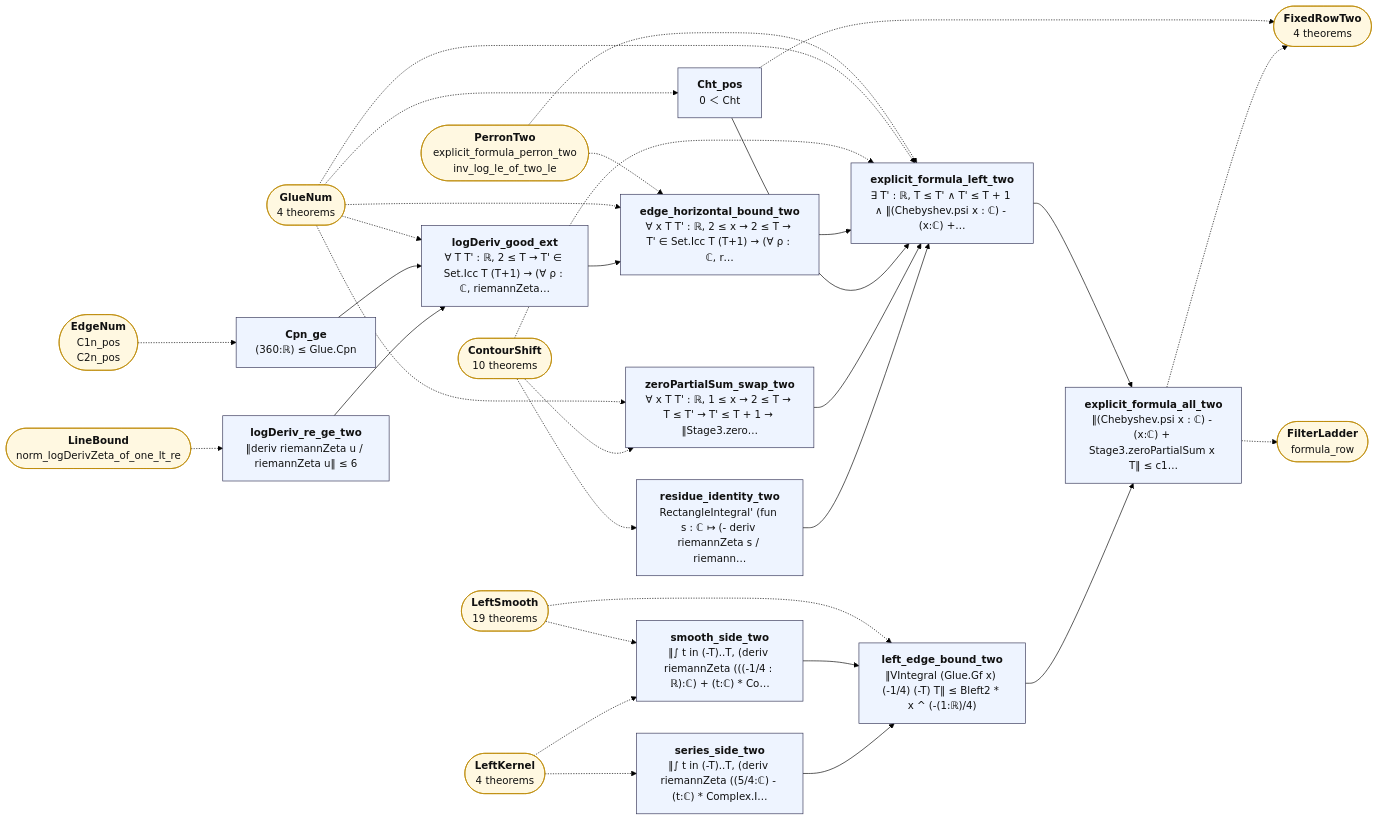
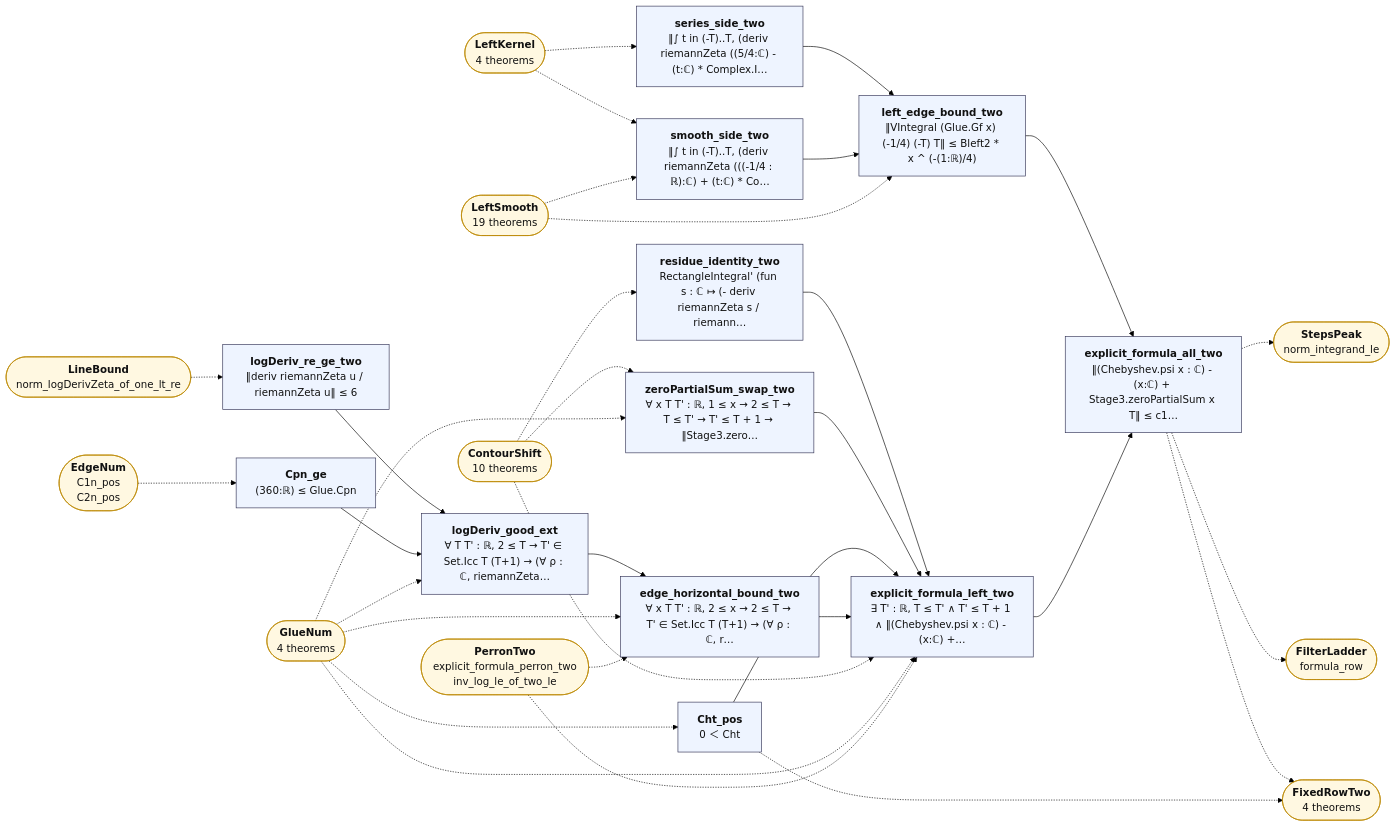
Before and after one commit to juliansambranojr/Primebeat_081426: the diagram in map/lean_stage3/ExplicitTwo.md, drawn with Mermaid (forest theme). The commit also changed other lines of this file and 56 other files, not shown here.

````diff
--- a/map/lean_stage3/ExplicitTwo.md
+++ b/map/lean_stage3/ExplicitTwo.md
@@ -14,62 +14,64 @@
 ```mermaid
 flowchart LR
   n0["<b>residue_identity_two</b><br/>RectangleIntegral' (fun s : ℂ ↦ (- deriv riemannZeta s / riemann…"]:::thm
   n1["<b>zeroPartialSum_swap_two</b><br/>∀ x T T' : ℝ, 1 ≤ x → 2 ≤ T → T ≤ T' → T' ≤ T + 1 → ‖Stage3.zero…"]:::thm
   n2["<b>logDeriv_re_ge_two</b><br/>‖deriv riemannZeta u / riemannZeta u‖ ≤ 6"]:::thm
   n3["<b>Cpn_ge</b><br/>(360:ℝ) ≤ Glue.Cpn"]:::thm
   n4["<b>logDeriv_good_ext</b><br/>∀ T T' : ℝ, 2 ≤ T → T' ∈ Set.Icc T (T+1) → (∀ ρ : ℂ, riemannZeta…"]:::thm
   n5["<b>Cht_pos</b><br/>0 ＜ Cht"]:::thm
   n6["<b>edge_horizontal_bound_two</b><br/>∀ x T T' : ℝ, 2 ≤ x → 2 ≤ T → T' ∈ Set.Icc T (T+1) → (∀ ρ : ℂ, r…"]:::thm
   n7["<b>explicit_formula_left_two</b><br/>∃ T' : ℝ, T ≤ T' ∧ T' ≤ T + 1 ∧ ‖(Chebyshev.psi x : ℂ) - (x:ℂ) +…"]:::thm
   n8["<b>series_side_two</b><br/>‖∫ t in (-T)..T, (deriv riemannZeta ((5/4:ℂ) - (t:ℂ) * Complex.I…"]:::thm
   n9["<b>smooth_side_two</b><br/>‖∫ t in (-T)..T, (deriv riemannZeta (((-1/4 : ℝ):ℂ) + (t:ℂ) * Co…"]:::thm
   n10["<b>left_edge_bound_two</b><br/>‖VIntegral (Glue.Gf x) (-1/4) (-T) T‖ ≤ Bleft2 * x ^ (-(1:ℝ)/4)"]:::thm
   n11["<b>explicit_formula_all_two</b><br/>‖(Chebyshev.psi x : ℂ) - (x:ℂ) + Stage3.zeroPartialSum x T‖ ≤ c1…"]:::thm
   x0(["<b>ContourShift</b><br/>10 theorems"]):::ext
   x1(["<b>GlueNum</b><br/>4 theorems"]):::ext
   x2(["<b>LineBound</b><br/>norm_logDerivZeta_of_one_lt_re"]):::ext
   x3(["<b>EdgeNum</b><br/>C1n_pos<br/>C2n_pos"]):::ext
   x4(["<b>FixedRowTwo</b><br/>4 theorems"]):::ext
   x5(["<b>PerronTwo</b><br/>explicit_formula_perron_two<br/>inv_log_le_of_two_le"]):::ext
   x6(["<b>LeftKernel</b><br/>4 theorems"]):::ext
   x7(["<b>LeftSmooth</b><br/>19 theorems"]):::ext
   x8(["<b>FilterLadder</b><br/>formula_row"]):::ext
+  x9(["<b>StepsPeak</b><br/>norm_integrand_le"]):::ext
   n0 --> n7
   n1 --> n7
   n10 --> n11
   n2 --> n4
   n3 --> n4
   n4 --> n6
   n5 --> n7
   n6 --> n7
   n7 --> n11
   n8 --> n10
   n9 --> n10
   n11 -.-> x4
   n11 -.-> x8
+  n11 -.-> x9
   n5 -.-> x4
   x0 -.-> n0
   x0 -.-> n1
   x0 -.-> n7
   x1 -.-> n1
   x1 -.-> n4
   x1 -.-> n5
   x1 -.-> n6
   x1 -.-> n7
   x2 -.-> n2
   x3 -.-> n3
   x5 -.-> n6
   x5 -.-> n7
   x6 -.-> n8
   x6 -.-> n9
   x7 -.-> n10
   x7 -.-> n9
   classDef cnt fill:#dff5ec,stroke:#17694a,color:#111
   classDef shp fill:#f1ecfb,stroke:#5b3fa0,color:#111
   classDef rh fill:#ffe5e5,stroke:#c22,color:#111,stroke-width:2px
   classDef thm fill:#eef4ff,stroke:#335,color:#111
   classDef end_ fill:#e7f7e7,stroke:#2a7,color:#111,stroke-width:2px
   classDef lone fill:#fff,stroke:#999,color:#111,stroke-dasharray:4 3
   classDef bad fill:#ffe5e5,stroke:#c22,color:#111,stroke-width:2px
   classDef ext fill:#fff8e1,stroke:#b80,color:#111
 ```
````
